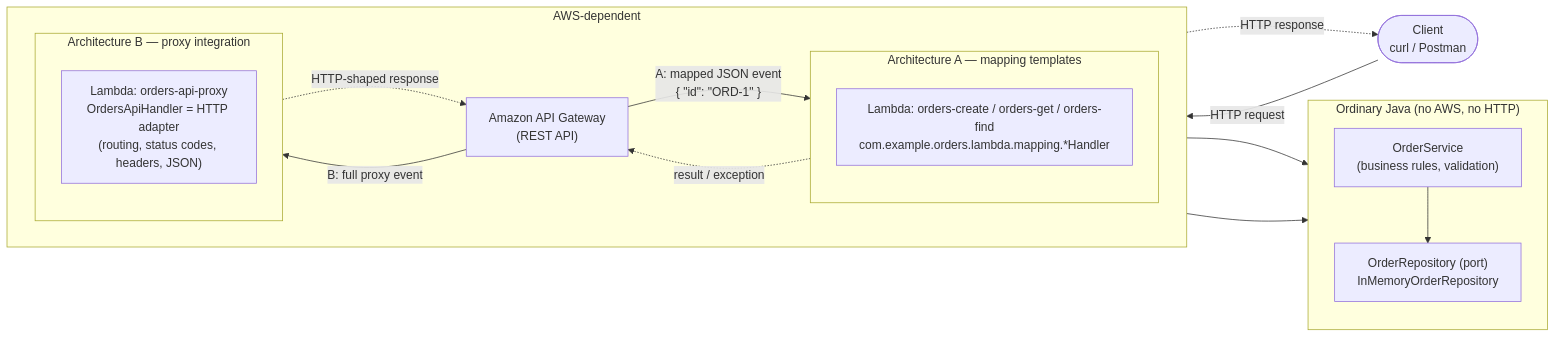
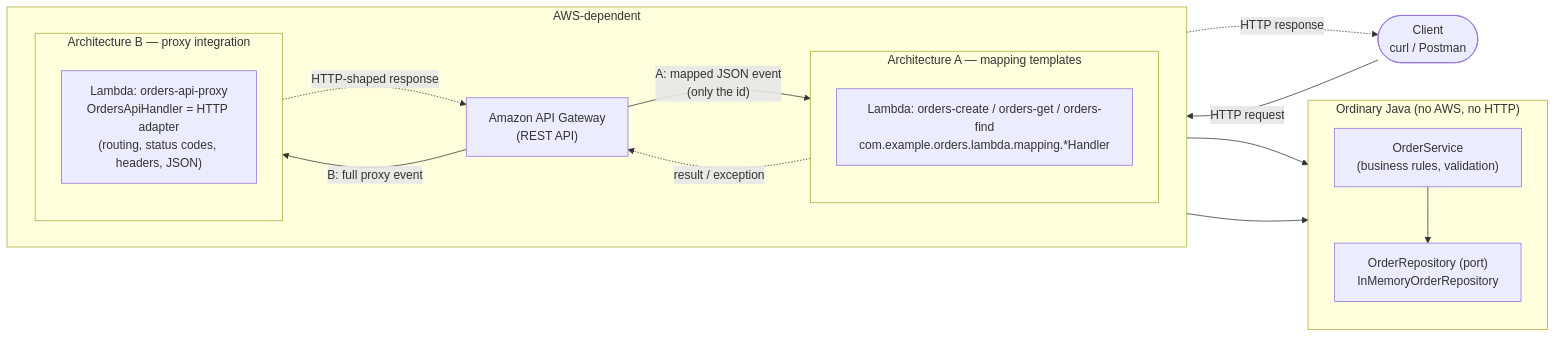
One commit to Anderfg13/aws-serverless-orders-api-workshop changed the first of 2 diagrams in README.md. Above: the diagram before and after it, drawn with Mermaid.

Commit message:
docs: fix Mermaid label that GitHub could not parse
Braces and HTML entities inside an edge label broke the architecture diagram.

````diff
--- a/README.md
+++ b/README.md
@@ -32,35 +32,35 @@
 ```mermaid
 flowchart LR
     Client([Client<br/>curl / Postman])
 
     subgraph AWS["AWS-dependent"]
         direction LR
         APIGW["Amazon API Gateway<br/>(REST API)"]
 
         subgraph LA["Architecture A — mapping templates"]
             direction TB
             LA1["Lambda: orders-create / orders-get / orders-find<br/>com.example.orders.lambda.mapping.*Handler"]
         end
 
         subgraph LB["Architecture B — proxy integration"]
             direction TB
             LB1["Lambda: orders-api-proxy<br/>OrdersApiHandler = HTTP adapter<br/>(routing, status codes, headers, JSON)"]
         end
     end
 
     subgraph JAVA["Ordinary Java (no AWS, no HTTP)"]
         direction TB
         SVC["OrderService<br/>(business rules, validation)"]
         REPO["OrderRepository (port)<br/>InMemoryOrderRepository"]
         SVC --> REPO
     end
 
     Client -- "HTTP request" --> APIGW
-    APIGW -- "A: mapped JSON event<br/>{ &quot;id&quot;: &quot;ORD-1&quot; }" --> LA1
+    APIGW -- "A: mapped JSON event<br/>(only the id)" --> LA1
     APIGW -- "B: full proxy event" --> LB1
     LA1 --> SVC
     LB1 --> SVC
     LA1 -. "result / exception" .-> APIGW
     LB1 -. "HTTP-shaped response" .-> APIGW
     APIGW -. "HTTP response" .-> Client
 ```
````
